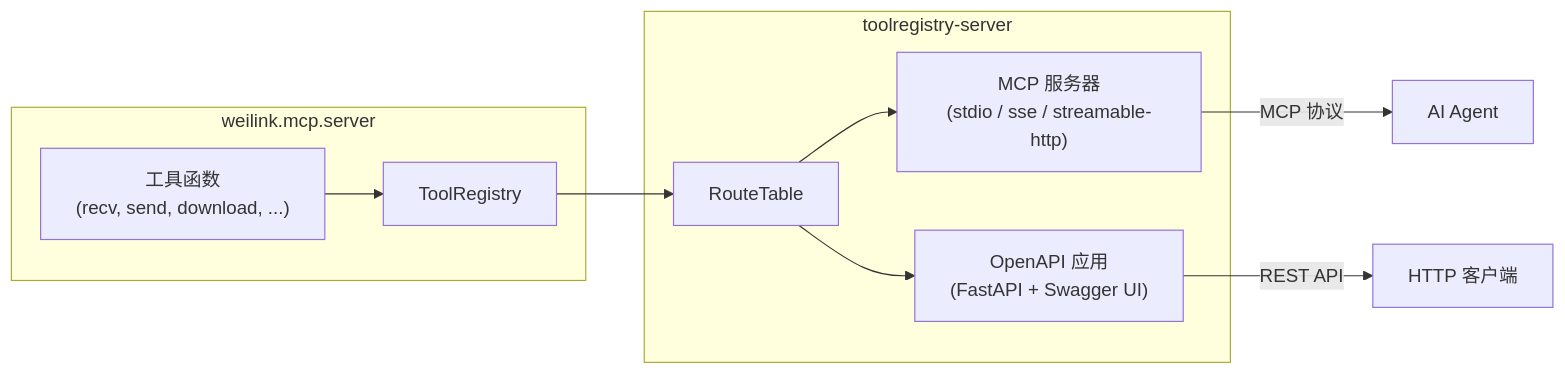
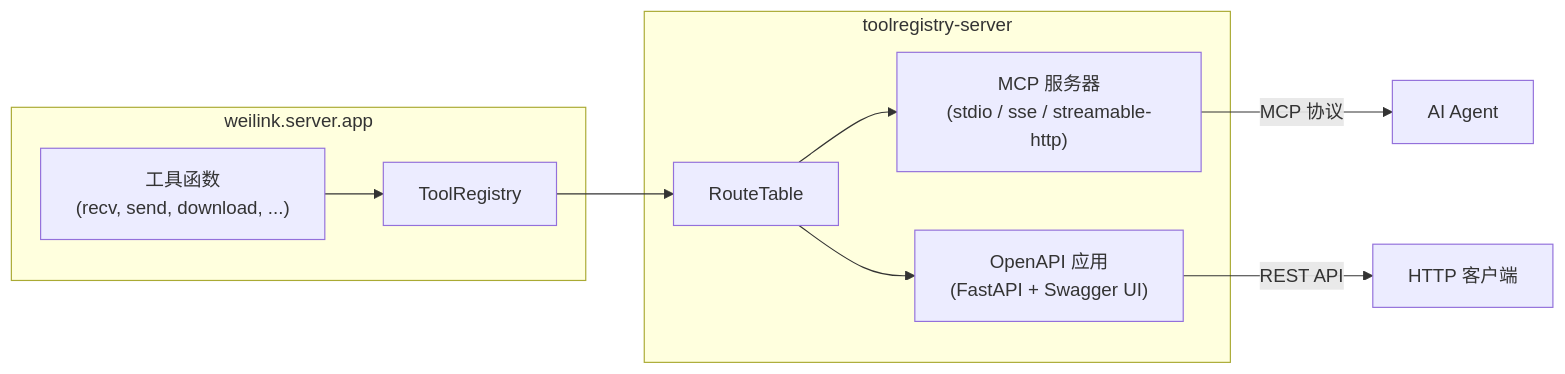
The tenth of 10 diagrams in docs/architecture.md (Oaklight/weilink), drawn with Mermaid before and after one commit. The commit also changed other lines of this file and 2 other files, not shown here.

First line of the commit message:
Update docs for weilink.mcp → weilink.server rename

````diff
--- a/docs/architecture.md
+++ b/docs/architecture.md
@@ -251,21 +251,21 @@
 ```mermaid
 flowchart LR
-    subgraph "weilink.mcp.server"
+    subgraph "weilink.server.app"
         tools["工具函数<br/>(recv, send, download, ...)"]
         registry["ToolRegistry"]
     end
 
     subgraph "toolregistry-server"
         rt["RouteTable"]
         mcp["MCP 服务器<br/>(stdio / sse / streamable-http)"]
         openapi["OpenAPI 应用<br/>(FastAPI + Swagger UI)"]
     end
 
     tools --> registry
     registry --> rt
     rt --> mcp
     rt --> openapi
 
     mcp -->|"MCP 协议"| agent["AI Agent"]
     openapi -->|"REST API"| client["HTTP 客户端"]
 ```
````
